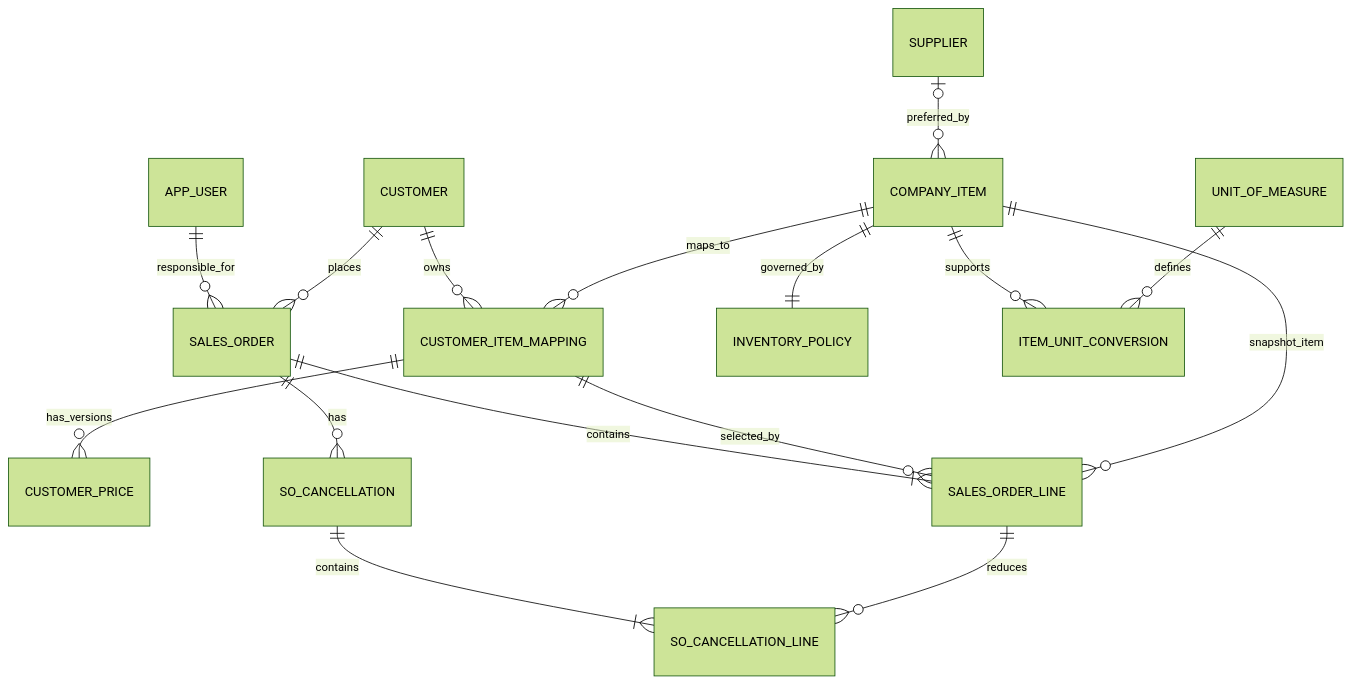
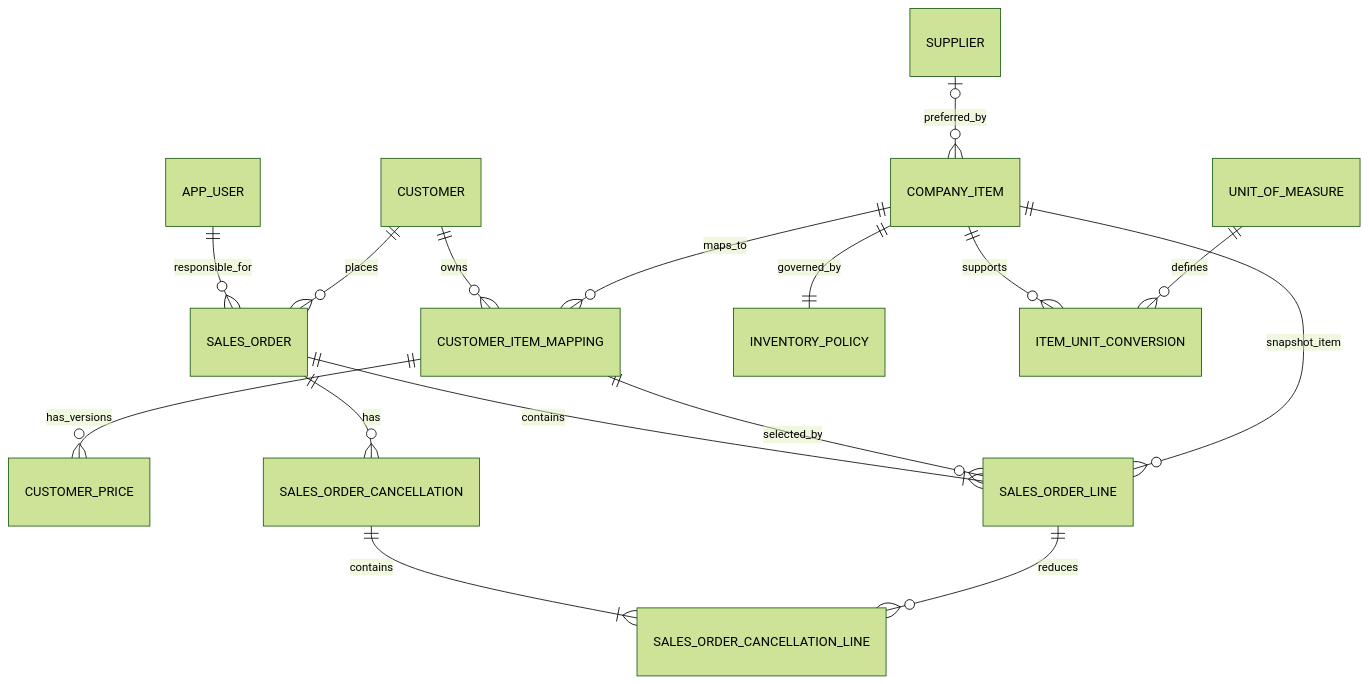
Before and after one commit to fizz123123/smart-distribution-ops: the first of 5 diagrams in docs/10-data-model.md, drawn with Mermaid (forest theme). The commit also changed other lines of this file and 7 other files, not shown here.

First line of the commit message:
docs: sync M03 sales order and inventory decisions

````diff
--- a/docs/10-data-model.md
+++ b/docs/10-data-model.md
@@ -73,20 +73,20 @@
 ```mermaid
 erDiagram
     APP_USER ||--o{ SALES_ORDER : responsible_for
     CUSTOMER ||--o{ CUSTOMER_ITEM_MAPPING : owns
     COMPANY_ITEM ||--o{ CUSTOMER_ITEM_MAPPING : maps_to
     CUSTOMER_ITEM_MAPPING ||--o{ CUSTOMER_PRICE : has_versions
     SUPPLIER o|--o{ COMPANY_ITEM : preferred_by
     COMPANY_ITEM ||--|| INVENTORY_POLICY : governed_by
     COMPANY_ITEM ||--o{ ITEM_UNIT_CONVERSION : supports
     UNIT_OF_MEASURE ||--o{ ITEM_UNIT_CONVERSION : defines
 
     CUSTOMER ||--o{ SALES_ORDER : places
     SALES_ORDER ||--|{ SALES_ORDER_LINE : contains
     CUSTOMER_ITEM_MAPPING ||--o{ SALES_ORDER_LINE : selected_by
     COMPANY_ITEM ||--o{ SALES_ORDER_LINE : snapshot_item
 
-    SALES_ORDER ||--o{ SO_CANCELLATION : has
-    SO_CANCELLATION ||--|{ SO_CANCELLATION_LINE : contains
-    SALES_ORDER_LINE ||--o{ SO_CANCELLATION_LINE : reduces
+    SALES_ORDER ||--o{ SALES_ORDER_CANCELLATION : has
+    SALES_ORDER_CANCELLATION ||--|{ SALES_ORDER_CANCELLATION_LINE : contains
+    SALES_ORDER_LINE ||--o{ SALES_ORDER_CANCELLATION_LINE : reduces
 ```
````
